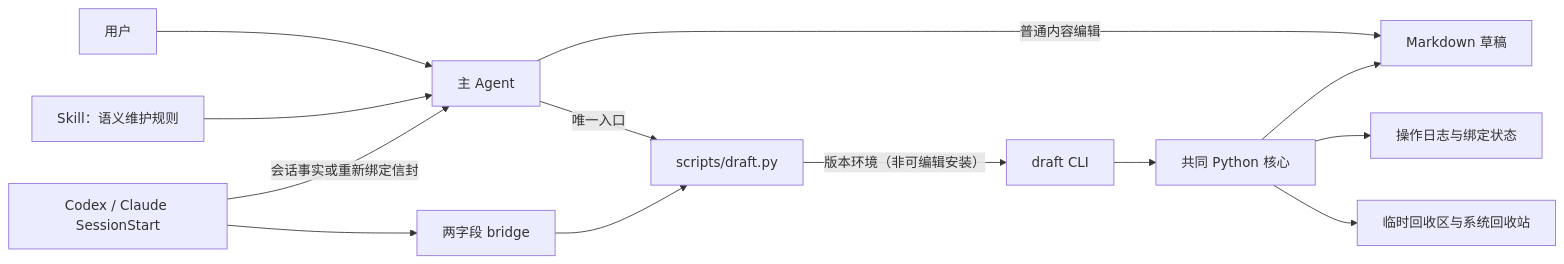
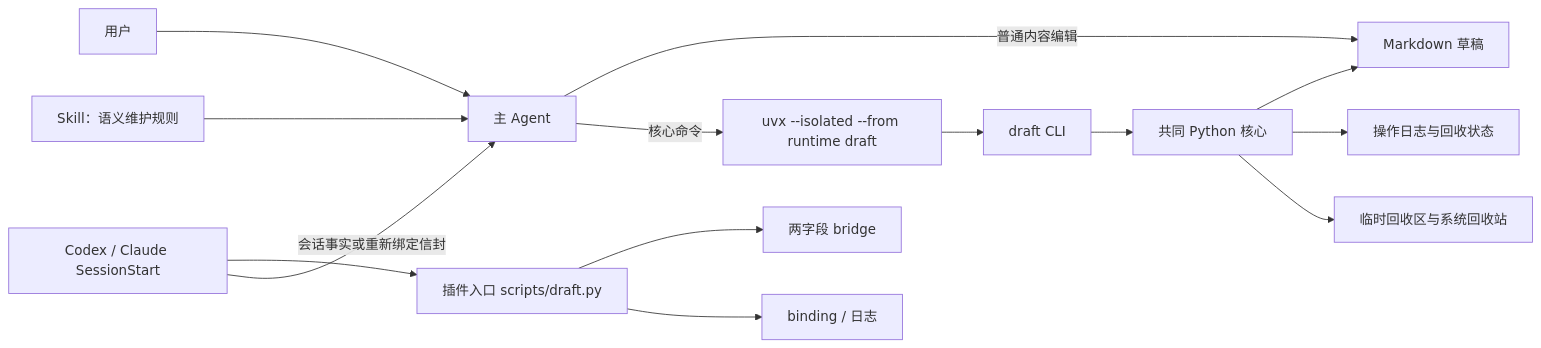
One commit to CLD1994/agent-plugins changed the diagram in docs/design.md. Above: the diagram before and after it, drawn with Mermaid. The commit also changed other lines of this file and 7 other files, not shown here.

Commit message:
docs(draft): document separated core and plugin runtime

````diff
--- a/docs/design.md
+++ b/docs/design.md
@@ -155,15 +161,16 @@
 ```mermaid
 flowchart LR
     U["用户"] --> A["主 Agent"]
     S["Skill：语义维护规则"] --> A
     A -->|"普通内容编辑"| N["Markdown 草稿"]
-    A -->|"唯一入口"| E["scripts/draft.py"]
-    E -->|"版本环境（非可编辑安装）"| C["draft CLI"]
+    A -->|"核心命令"| UVX["uvx --isolated --from runtime draft"]
+    UVX --> C["draft CLI"]
     C --> K["共同 Python 核心"]
     K --> N
-    K --> J["操作日志与绑定状态"]
+    K --> J["操作日志与回收状态"]
     K --> T["临时回收区与系统回收站"]
-    H["Codex / Claude SessionStart"] --> B["两字段 bridge"]
-    B --> E
+    H["Codex / Claude SessionStart"] --> P["插件入口 scripts/draft.py"]
+    P --> B["两字段 bridge"]
+    P --> BD["binding / 日志"]
     H -->|"会话事实或重新绑定信封"| A
 ```
````
